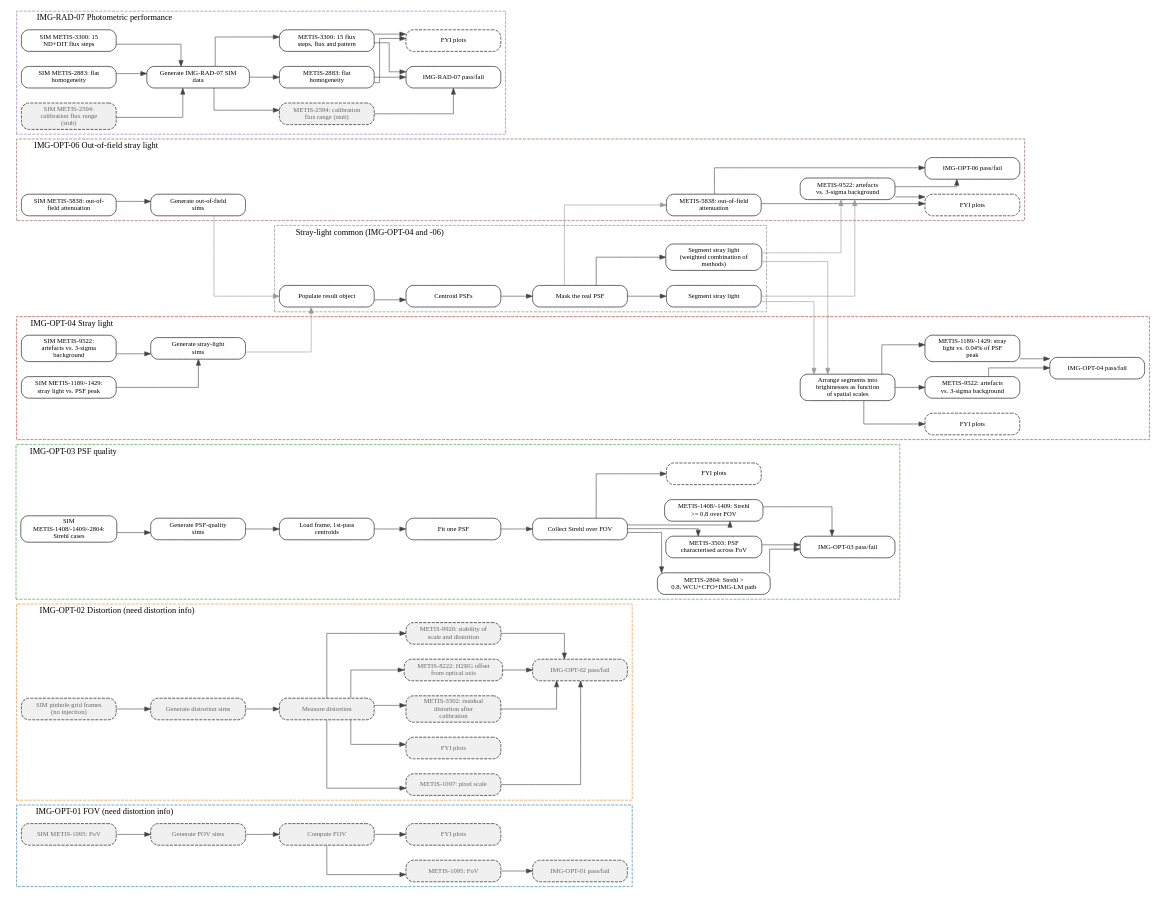
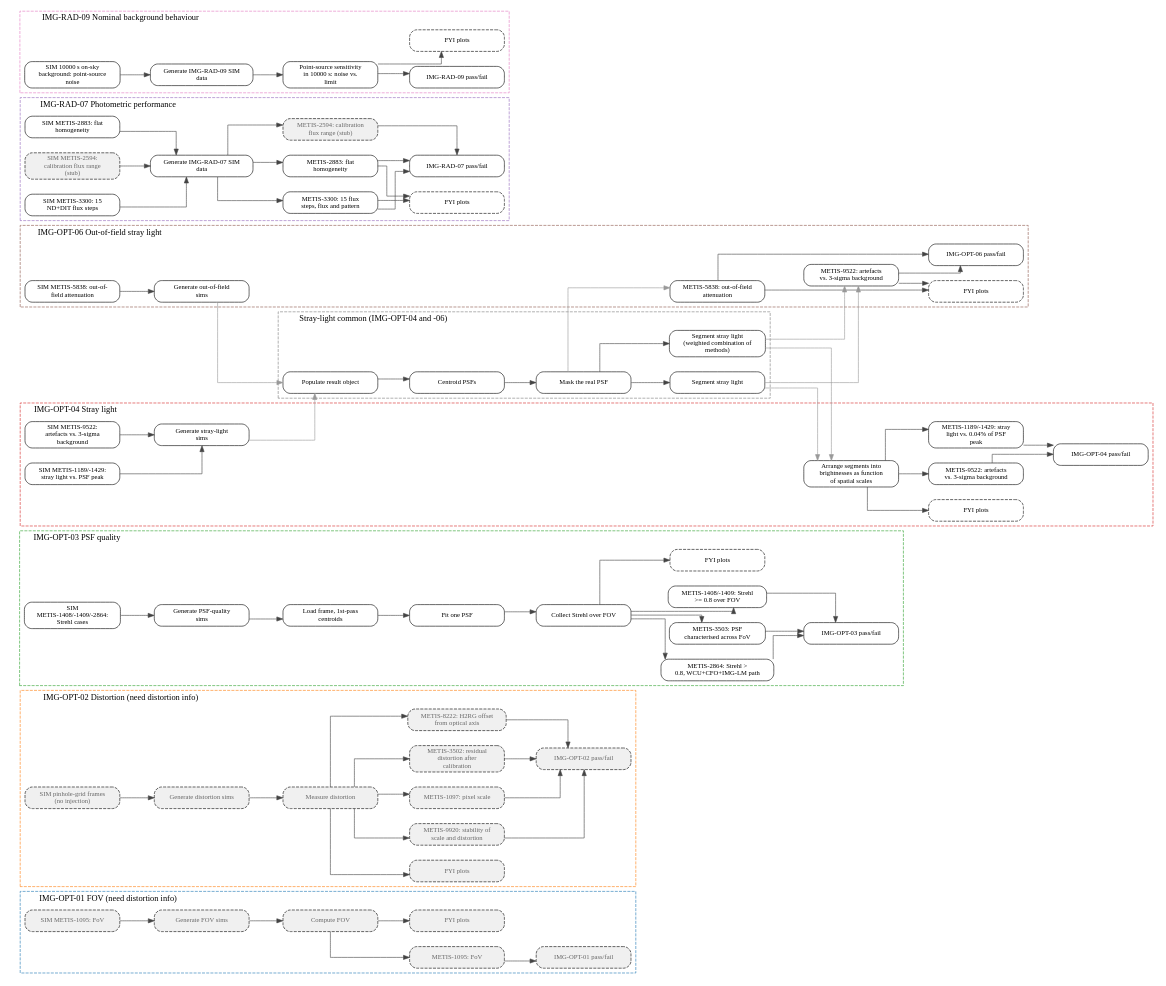
Before and after one commit to mwanakijiji/metis_work: the diagram in docs/uml/pipeline_flow.dot, drawn with Graphviz. The commit also changed 9 other files, not shown here.

Commit message:
IMG RAD 09 sensitivity SIM script

```diff
--- a/docs/uml/pipeline_flow.dot
+++ b/docs/uml/pipeline_flow.dot
@@ -109,6 +109,18 @@
     img_rad_07_log_test_outcome;
   }
 
+  subgraph cluster_img_rad_09_nominal_background_behaviour {
+    label="IMG-RAD-09 Nominal background behaviour";
+    labeljust=l;
+    style="dashed";
+    color="#e377c2";
+    simulate_rad_09_sensitivity;
+    generate_nominal_background_sim;
+    img_rad_09_sens_10000s_check;
+    img_rad_09_fyi_plots;
+    img_rad_09_test_outcome;
+  }
+
   sim_img_01_metis_1095 [label="SIM METIS-1095: FoV", style="rounded,dashed,filled", fillcolor="#f0f0f0", fontcolor="#666666"];
   generate_fov_sim [label="Generate FOV sims", style="rounded,dashed,filled", fillcolor="#f0f0f0", fontcolor="#666666"];
   sim_img_02_grid_frames [label="SIM pinhole-grid frames\n(no injection)", style="rounded,dashed,filled", fillcolor="#f0f0f0", fontcolor="#666666"];
@@ -124,6 +136,8 @@
   simulate_metis_2883 [label="SIM METIS-2883: flat\nhomogeneity"];
   simulate_metis_3300 [label="SIM METIS-3300: 15\nND+DIT flux steps"];
   generate_phot_performance_sim [label="Generate IMG-RAD-07 SIM\ndata"];
+  simulate_rad_09_sensitivity [label="SIM 10000 s on-sky\nbackground: point-source\nnoise"];
+  generate_nominal_background_sim [label="Generate IMG-RAD-09 SIM\ndata"];
   prepare_psf_grid [label="Load frame, 1st-pass\ncentroids"];
   process_one_psf [label="Fit one PSF"];
   collect_strehls [label="Collect Strehl over FOV"];
@@ -154,6 +168,9 @@
   img_rad_07_metis_3300_check [label="METIS-3300: 15 flux\nsteps, flux and pattern"];
   img_rad_07_fyi_plots [label="FYI plots", style="rounded,dashed,filled"];
   img_rad_07_log_test_outcome [label="IMG-RAD-07 pass/fail"];
+  img_rad_09_sens_10000s_check [label="Point-source sensitivity\nin 10000 s: noise vs.\nlimit"];
+  img_rad_09_fyi_plots [label="FYI plots", style="rounded,dashed,filled"];
+  img_rad_09_test_outcome [label="IMG-RAD-09 pass/fail"];
   populate_result_obj_info [label="Populate result object"];
   centroid_2passes_oversample [label="Centroid PSFs"];
   stray_light_mask_real [label="Mask the real PSF"];
@@ -163,7 +180,7 @@
   img_04_fyi_plots [label="FYI plots", style="rounded,dashed,filled"];
   img_06_fyi_plots [label="FYI plots", style="rounded,dashed,filled"];
 
-  { rank=same; sim_img_01_metis_1095; sim_img_02_grid_frames; sim_img_03_strehl_cases; sim_img_06_metis_5838; sim_img_04_metis_1189_1429; sim_img_04_metis_9522; simulate_metis_2594; simulate_metis_2883; simulate_metis_3300; }
+  { rank=same; sim_img_01_metis_1095; sim_img_02_grid_frames; sim_img_03_strehl_cases; sim_img_06_metis_5838; sim_img_04_metis_1189_1429; sim_img_04_metis_9522; simulate_metis_2594; simulate_metis_2883; simulate_metis_3300; simulate_rad_09_sensitivity; }
   sim_img_01_metis_1095 -> sim_img_02_grid_frames [style=invis];
   sim_img_02_grid_frames -> sim_img_03_strehl_cases [style=invis];
   sim_img_03_strehl_cases -> sim_img_06_metis_5838 [style=invis];
@@ -172,20 +189,23 @@
   sim_img_04_metis_9522 -> simulate_metis_2594 [style=invis];
   simulate_metis_2594 -> simulate_metis_2883 [style=invis];
   simulate_metis_2883 -> simulate_metis_3300 [style=invis];
-  { rank=same; generate_fov_sim; generate_distortion_sim; generate_psf_quality_sim; generate_out_of_field_sim; generate_stray_light_sim; generate_phot_performance_sim; }
+  simulate_metis_3300 -> simulate_rad_09_sensitivity [style=invis];
+  { rank=same; generate_fov_sim; generate_distortion_sim; generate_psf_quality_sim; generate_out_of_field_sim; generate_stray_light_sim; generate_phot_performance_sim; generate_nominal_background_sim; }
   generate_fov_sim -> generate_distortion_sim [style=invis];
   generate_distortion_sim -> generate_psf_quality_sim [style=invis];
   generate_psf_quality_sim -> generate_out_of_field_sim [style=invis];
   generate_out_of_field_sim -> generate_stray_light_sim [style=invis];
   generate_stray_light_sim -> generate_phot_performance_sim [style=invis];
-  { rank=same; fov_calc; image_distortion; prepare_psf_grid; populate_result_obj_info; img_rad_07_metis_2594_check; img_rad_07_metis_2883_check; img_rad_07_metis_3300_check; }
+  generate_phot_performance_sim -> generate_nominal_background_sim [style=invis];
+  { rank=same; fov_calc; image_distortion; prepare_psf_grid; populate_result_obj_info; img_rad_07_metis_2594_check; img_rad_07_metis_2883_check; img_rad_07_metis_3300_check; img_rad_09_sens_10000s_check; }
   fov_calc -> image_distortion [style=invis];
   image_distortion -> prepare_psf_grid [style=invis];
   prepare_psf_grid -> populate_result_obj_info [style=invis];
   populate_result_obj_info -> img_rad_07_metis_2594_check [style=invis];
   img_rad_07_metis_2594_check -> img_rad_07_metis_2883_check [style=invis];
   img_rad_07_metis_2883_check -> img_rad_07_metis_3300_check [style=invis];
-  { rank=same; img_01_fyi_plots; metis_1095_fov_check; img_02_fyi_plots; metis_1097_pixel_scale; metis_3502_residual_distortion; metis_8222_detector_offset; metis_9920_scale_stability; process_one_psf; centroid_2passes_oversample; img_rad_07_fyi_plots; img_rad_07_log_test_outcome; }
+  img_rad_07_metis_3300_check -> img_rad_09_sens_10000s_check [style=invis];
+  { rank=same; img_01_fyi_plots; metis_1095_fov_check; img_02_fyi_plots; metis_1097_pixel_scale; metis_3502_residual_distortion; metis_8222_detector_offset; metis_9920_scale_stability; process_one_psf; centroid_2passes_oversample; img_rad_07_fyi_plots; img_rad_07_log_test_outcome; img_rad_09_fyi_plots; img_rad_09_test_outcome; }
   img_01_fyi_plots -> metis_1095_fov_check [style=invis];
   metis_1095_fov_check -> img_02_fyi_plots [style=invis];
   img_02_fyi_plots -> metis_1097_pixel_scale [style=invis];
@@ -196,6 +216,8 @@
   process_one_psf -> centroid_2passes_oversample [style=invis];
   centroid_2passes_oversample -> img_rad_07_fyi_plots [style=invis];
   img_rad_07_fyi_plots -> img_rad_07_log_test_outcome [style=invis];
+  img_rad_07_log_test_outcome -> img_rad_09_fyi_plots [style=invis];
+  img_rad_09_fyi_plots -> img_rad_09_test_outcome [style=invis];
   { rank=same; img_01_test_outcome; img_02_test_outcome; collect_strehls; stray_light_mask_real; }
   img_01_test_outcome -> img_02_test_outcome [style=invis];
   img_02_test_outcome -> collect_strehls [style=invis];
@@ -226,6 +248,7 @@
   simulate_metis_2594 -> generate_phot_performance_sim [weight=10];
   simulate_metis_2883 -> generate_phot_performance_sim [weight=10];
   simulate_metis_3300 -> generate_phot_performance_sim [weight=10];
+  simulate_rad_09_sensitivity -> generate_nominal_background_sim [weight=10];
   generate_psf_quality_sim -> prepare_psf_grid [weight=10];
   prepare_psf_grid -> process_one_psf [weight=10];
   process_one_psf -> collect_strehls [weight=10];
@@ -268,6 +291,9 @@
   img_rad_07_metis_2594_check -> img_rad_07_log_test_outcome [weight=10];
   img_rad_07_metis_2883_check -> img_rad_07_log_test_outcome [weight=10];
   img_rad_07_metis_3300_check -> img_rad_07_log_test_outcome [weight=10];
+  generate_nominal_background_sim -> img_rad_09_sens_10000s_check [weight=10];
+  img_rad_09_sens_10000s_check -> img_rad_09_fyi_plots [weight=10];
+  img_rad_09_sens_10000s_check -> img_rad_09_test_outcome [weight=10];
   generate_stray_light_sim -> populate_result_obj_info [color="#999999", constraint=false];
   generate_out_of_field_sim -> populate_result_obj_info [color="#999999", constraint=false];
   populate_result_obj_info -> centroid_2passes_oversample [weight=10];
```
